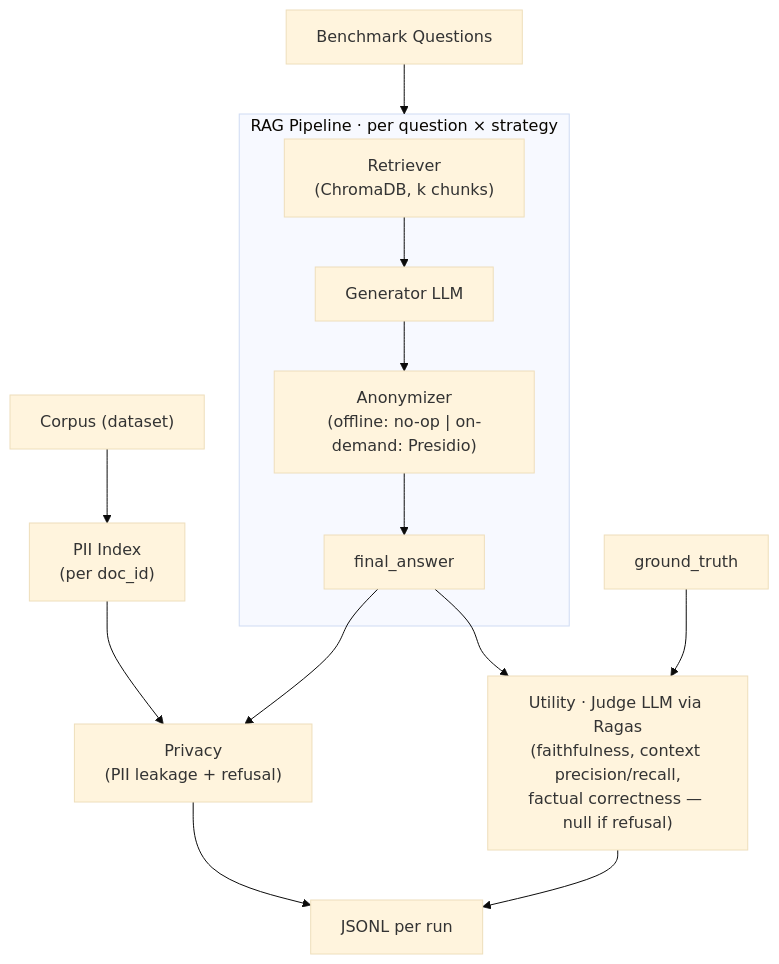
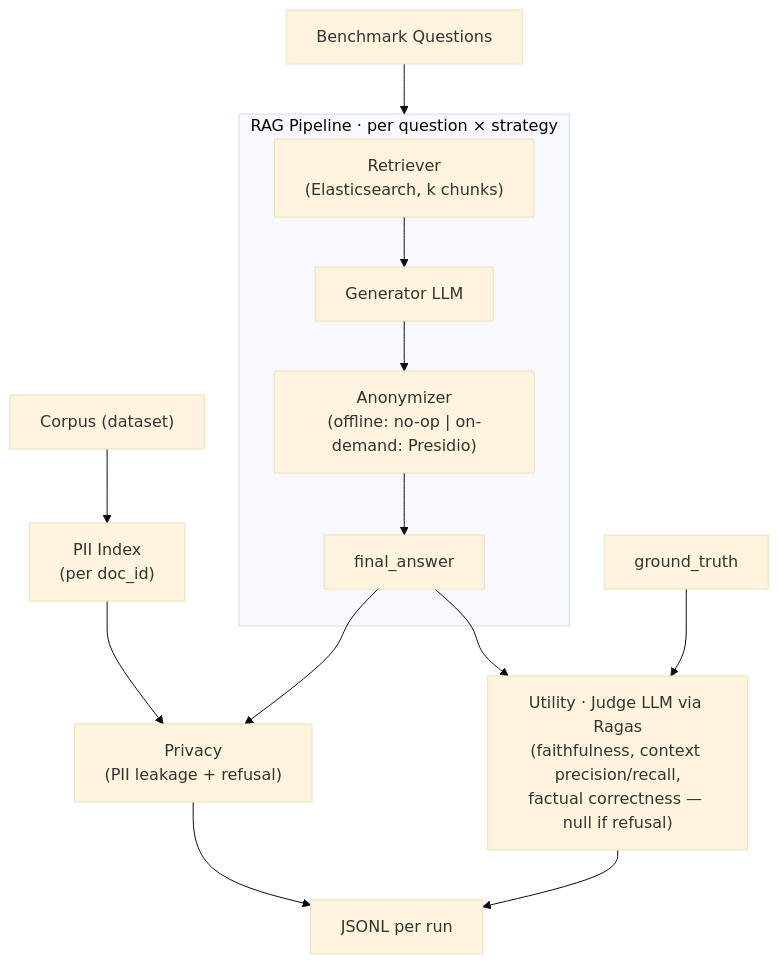
The diagram in README.md (matheusfbosa/rag-anonymous-metrics), drawn with Mermaid (base theme) before and after one commit. The commit also changed other lines of this file and 3 other files, not shown here.

````diff
--- a/README.md
+++ b/README.md
@@ -19,17 +19,17 @@
 ```mermaid
 flowchart TD
     corpus["Corpus (dataset)"] --> pii_index["PII Index\n(per doc_id)"]
     questions["Benchmark Questions"] --> rag
 
     subgraph rag [RAG Pipeline · per question × strategy]
-        retriever["Retriever\n(ChromaDB, k chunks)"] --> generator["Generator LLM"] --> anon["Anonymizer\n(offline: no-op | on-demand: Presidio)"] --> final_answer["final_answer"]
+        retriever["Retriever\n(Elasticsearch, k chunks)"] --> generator["Generator LLM"] --> anon["Anonymizer\n(offline: no-op | on-demand: Presidio)"] --> final_answer["final_answer"]
     end
 
     pii_index --> privacy
     final_answer --> privacy["Privacy\n(PII leakage + refusal)"]
     final_answer --> utility["Utility · Judge LLM via Ragas\n(faithfulness, context precision/recall,\nfactual correctness — null if refusal)"]
     ground_truth["ground_truth"] --> utility
 
     privacy --> jsonl["JSONL per run"]
     utility --> jsonl
 ```
````
